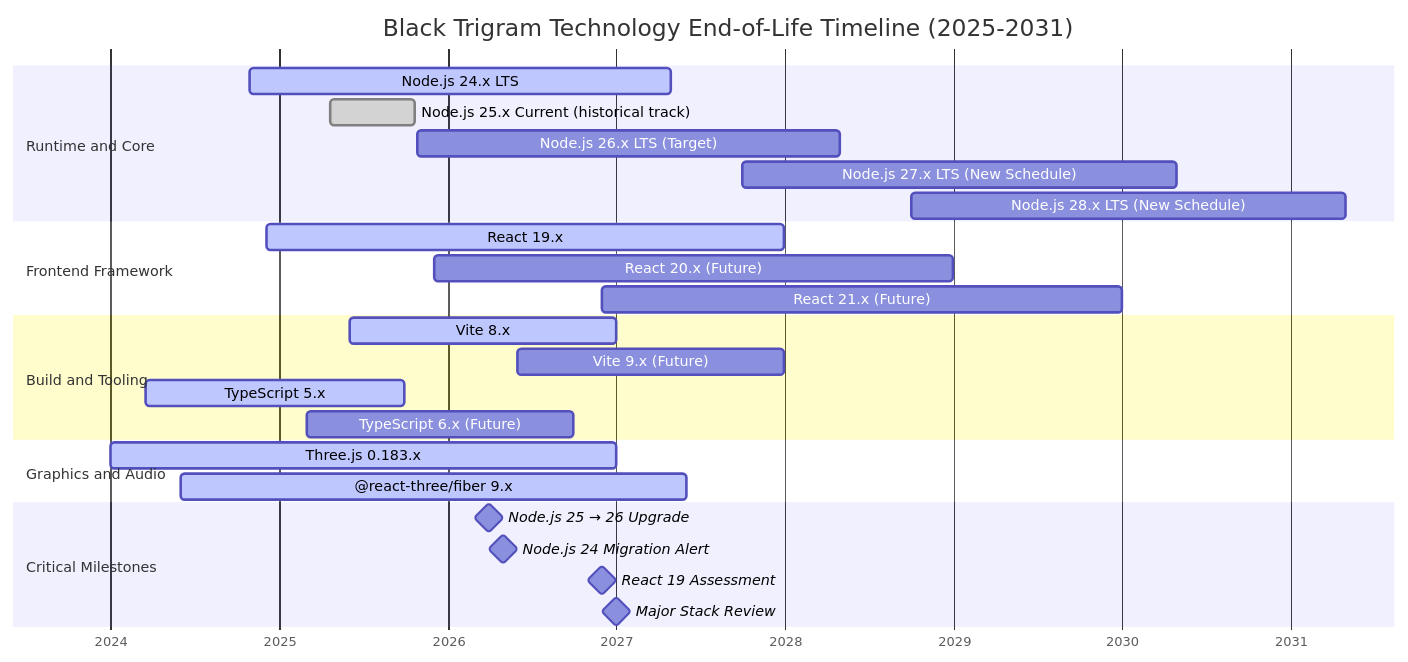
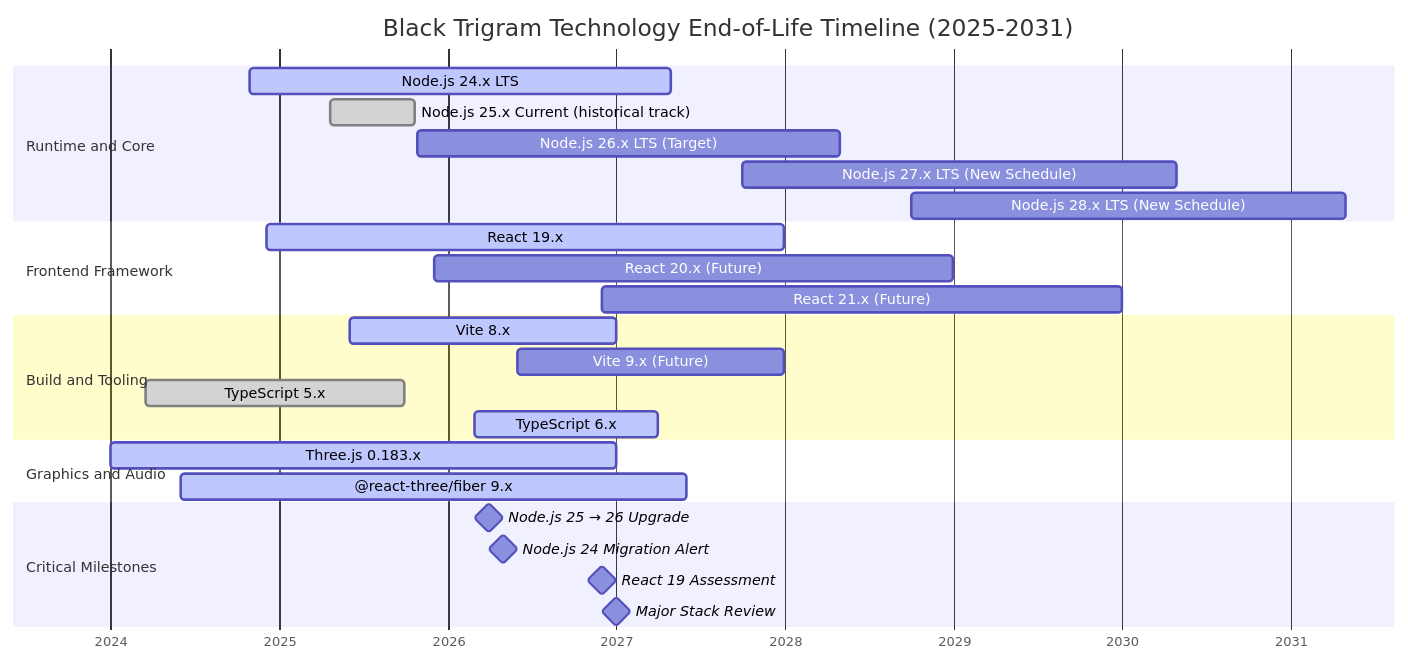
One commit to Hack23/blacktrigram changed the fifth of 8 diagrams in End-of-Life-Strategy.md. Above: the diagram before and after it, drawn with Mermaid. The commit also changed other lines of this file and 34 other files, not shown here.

First line of the commit message:
chore: upgrade TypeScript 5.9.3 → 6.0.2 with TS6 breaking change fixes and documentation updates

````diff
--- a/End-of-Life-Strategy.md
+++ b/End-of-Life-Strategy.md
@@ -384,34 +384,34 @@
 ```mermaid
 gantt
     title Black Trigram Technology End-of-Life Timeline (2025-2031)
     dateFormat YYYY-MM-DD
     axisFormat %Y
 
     section Runtime and Core
     Node.js 24.x LTS          :active, node24, 2024-10-29, 2027-04-30
     Node.js 25.x Current (historical track) :done, node25, 2025-04-22, 2025-10-21
     Node.js 26.x LTS (Target) :node26, 2025-10-28, 2028-04-30
     Node.js 27.x LTS (New Schedule) :node27, 2027-10-01, 2030-04-30
     Node.js 28.x LTS (New Schedule) :node28, 2028-10-01, 2031-04-30
 
     section Frontend Framework
     React 19.x                :active, react19, 2024-12-05, 2027-12-31
     React 20.x (Future)       :react20, 2025-12-01, 2028-12-31
     React 21.x (Future)       :react21, 2026-12-01, 2029-12-31
 
     section Build and Tooling
     Vite 8.x                  :active, vite8, 2025-06-01, 2026-12-31
     Vite 9.x (Future)         :vite9, 2026-06-01, 2027-12-31
-    TypeScript 5.x            :active, ts5, 2024-03-16, 2025-09-30
-    TypeScript 6.x (Future)   :ts6, 2025-03-01, 2026-09-30
+    TypeScript 5.x            :done, ts5, 2024-03-16, 2025-09-30
+    TypeScript 6.x            :active, ts6, 2026-03-01, 2027-03-31
 
     section Graphics and Audio
     Three.js 0.183.x           :active, three, 2024-01-01, 2026-12-31
     @react-three/fiber 9.x     :active, r3f9, 2024-06-01, 2027-06-01
 
     section Critical Milestones
     Node.js 25 → 26 Upgrade    :milestone, node25upgrade, 2026-04-01, 0d
     Node.js 24 Migration Alert :milestone, node24alert, 2026-04-30, 0d
     React 19 Assessment       :milestone, react19assess, 2026-12-01, 0d
     Major Stack Review        :milestone, stackreview, 2027-01-01, 0d
 ```
````
